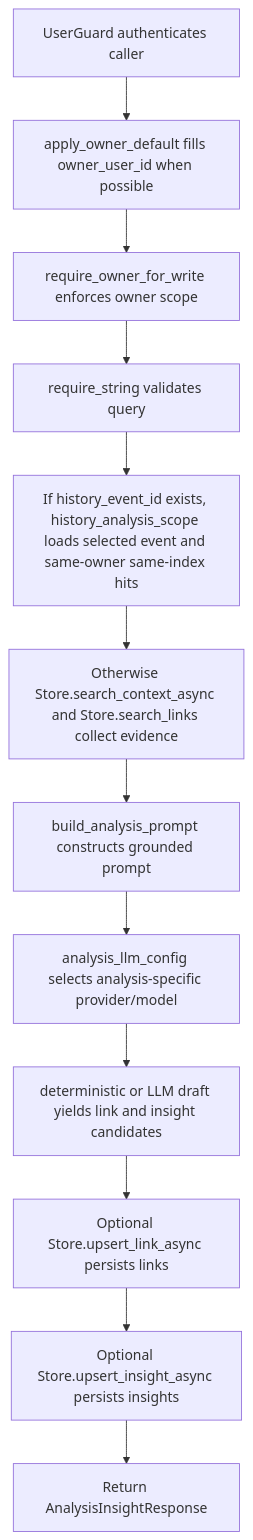
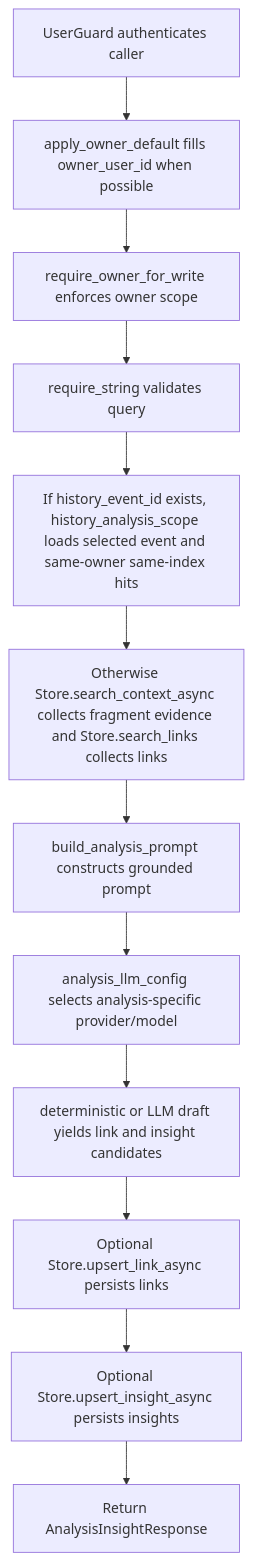
One commit to dickwu/nowledge changed the diagram in doc/api/post_v1_analysis_insights.md. Above: the diagram before and after it, drawn with Mermaid. The commit also changed other lines of this file and 31 other files, not shown here.

````diff
--- a/doc/api/post_v1_analysis_insights.md
+++ b/doc/api/post_v1_analysis_insights.md
@@ -57,26 +58,26 @@
 ```mermaid
 flowchart TD
   n0["UserGuard authenticates caller"]
   n1["apply_owner_default fills owner_user_id when possible"]
   n2["require_owner_for_write enforces owner scope"]
   n3["require_string validates query"]
   n4["If history_event_id exists, history_analysis_scope loads selected event and same-owner same-index hits"]
-  n5["Otherwise Store.search_context_async and Store.search_links collect evidence"]
+  n5["Otherwise Store.search_context_async collects fragment evidence and Store.search_links collects links"]
   n6["build_analysis_prompt constructs grounded prompt"]
   n7["analysis_llm_config selects analysis-specific provider/model"]
   n8["deterministic or LLM draft yields link and insight candidates"]
   n9["Optional Store.upsert_link_async persists links"]
   n10["Optional Store.upsert_insight_async persists insights"]
   n11["Return AnalysisInsightResponse"]
   n0 --> n1
   n1 --> n2
   n2 --> n3
   n3 --> n4
   n4 --> n5
   n5 --> n6
   n6 --> n7
   n7 --> n8
   n8 --> n9
   n9 --> n10
   n10 --> n11
 ```
````
